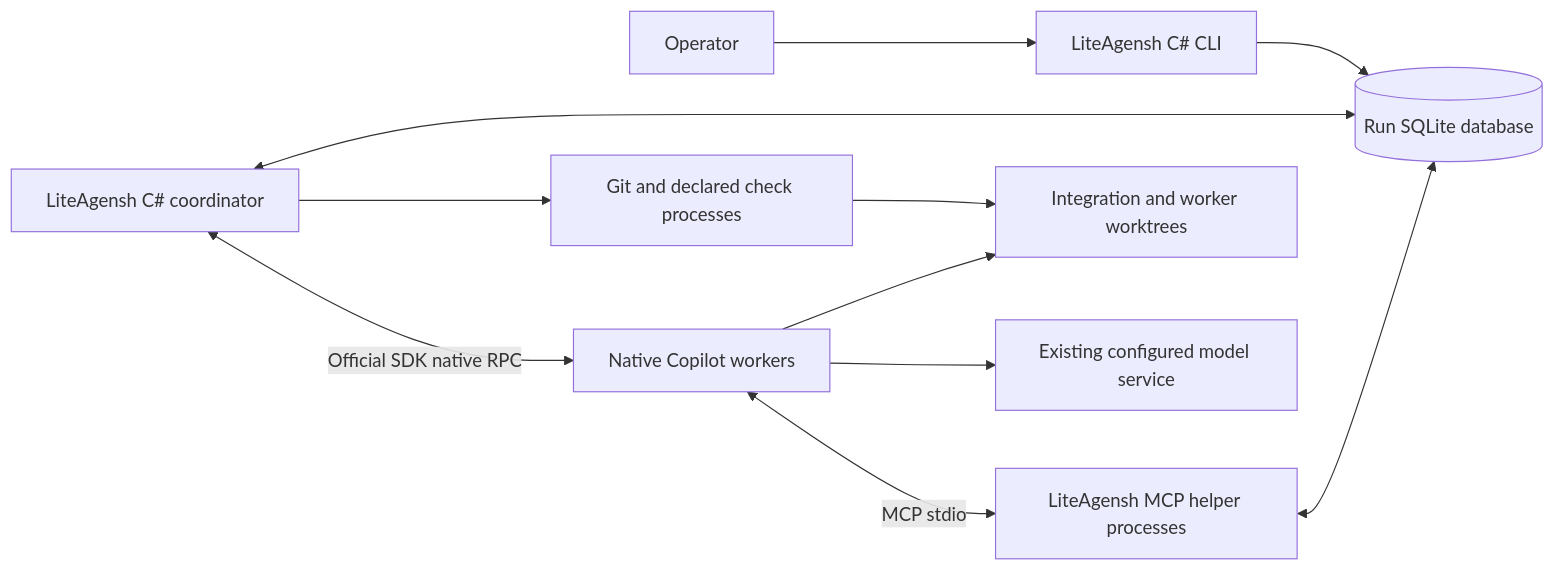
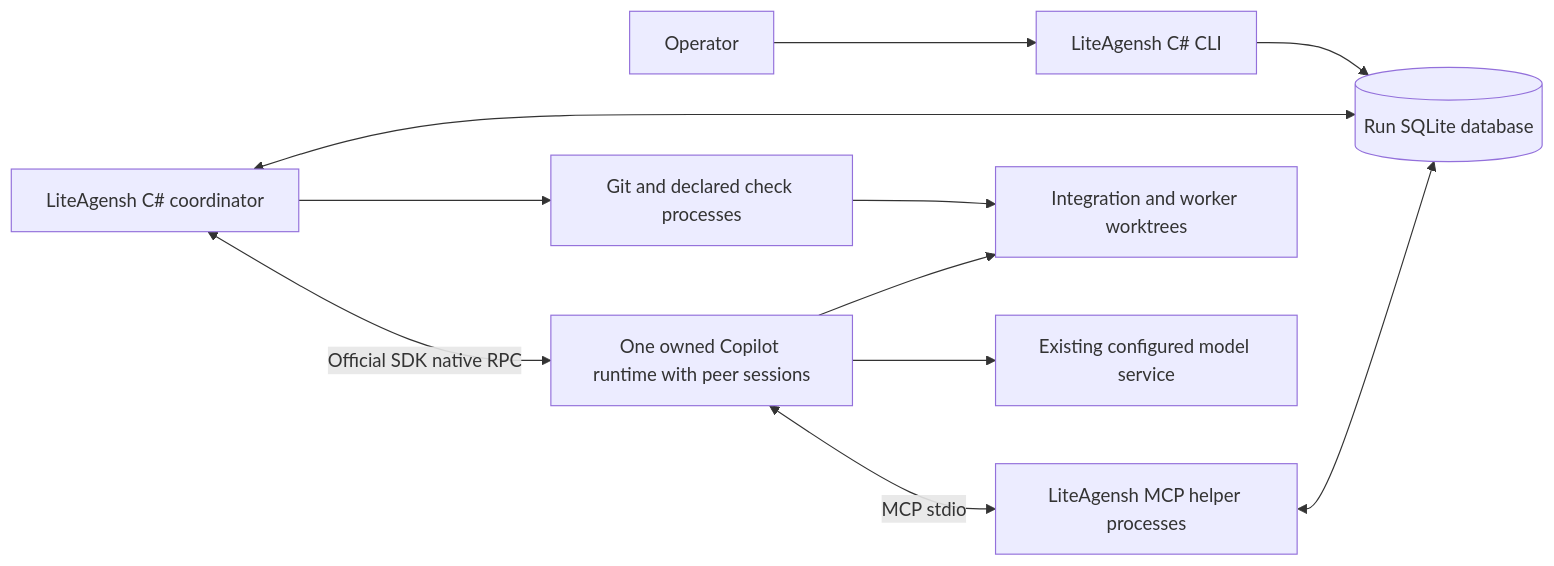
Before and after one commit to hcoona/three: the first of 2 diagrams in src/private/app/lite-agensh/docs/architecture.md, drawn with Mermaid. The commit also changed other lines of this file and 5 other files, not shown here.

First line of the commit message:
docs(lite-agensh): Define a Shared Native Runtime (#1563)

````diff
--- a/src/private/app/lite-agensh/docs/architecture.md
+++ b/src/private/app/lite-agensh/docs/architecture.md
@@ -19,13 +19,13 @@
 ```mermaid
 flowchart LR
     owner[Operator] --> cli[LiteAgensh C# CLI]
     cli --> db[(Run SQLite database)]
     coordinator[LiteAgensh C# coordinator] <--> db
-    coordinator <-->|Official SDK native RPC| agents[Native Copilot workers]
+    coordinator <-->|Official SDK native RPC| agents[One owned Copilot runtime with peer sessions]
     agents <-->|MCP stdio| helpers[LiteAgensh MCP helper processes]
     helpers <--> db
     coordinator --> git[Git and declared check processes]
     git --> trees[Integration and worker worktrees]
     agents --> trees
     agents --> provider[Existing configured model service]
 ```
````
